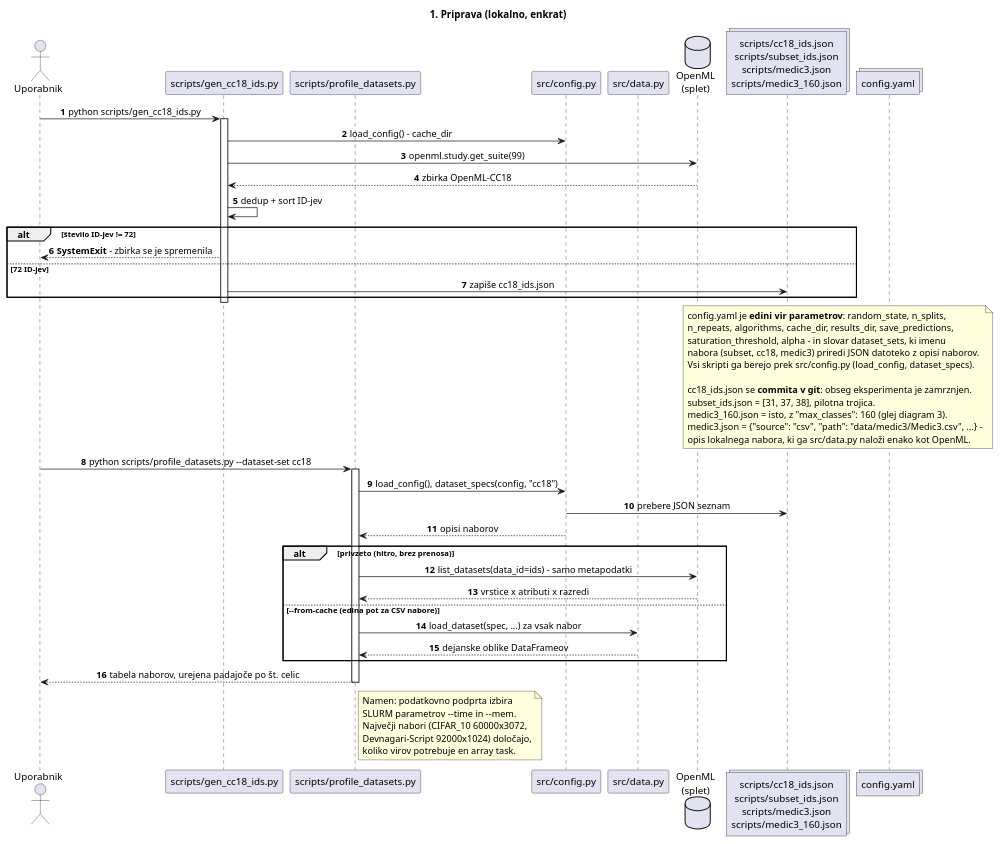
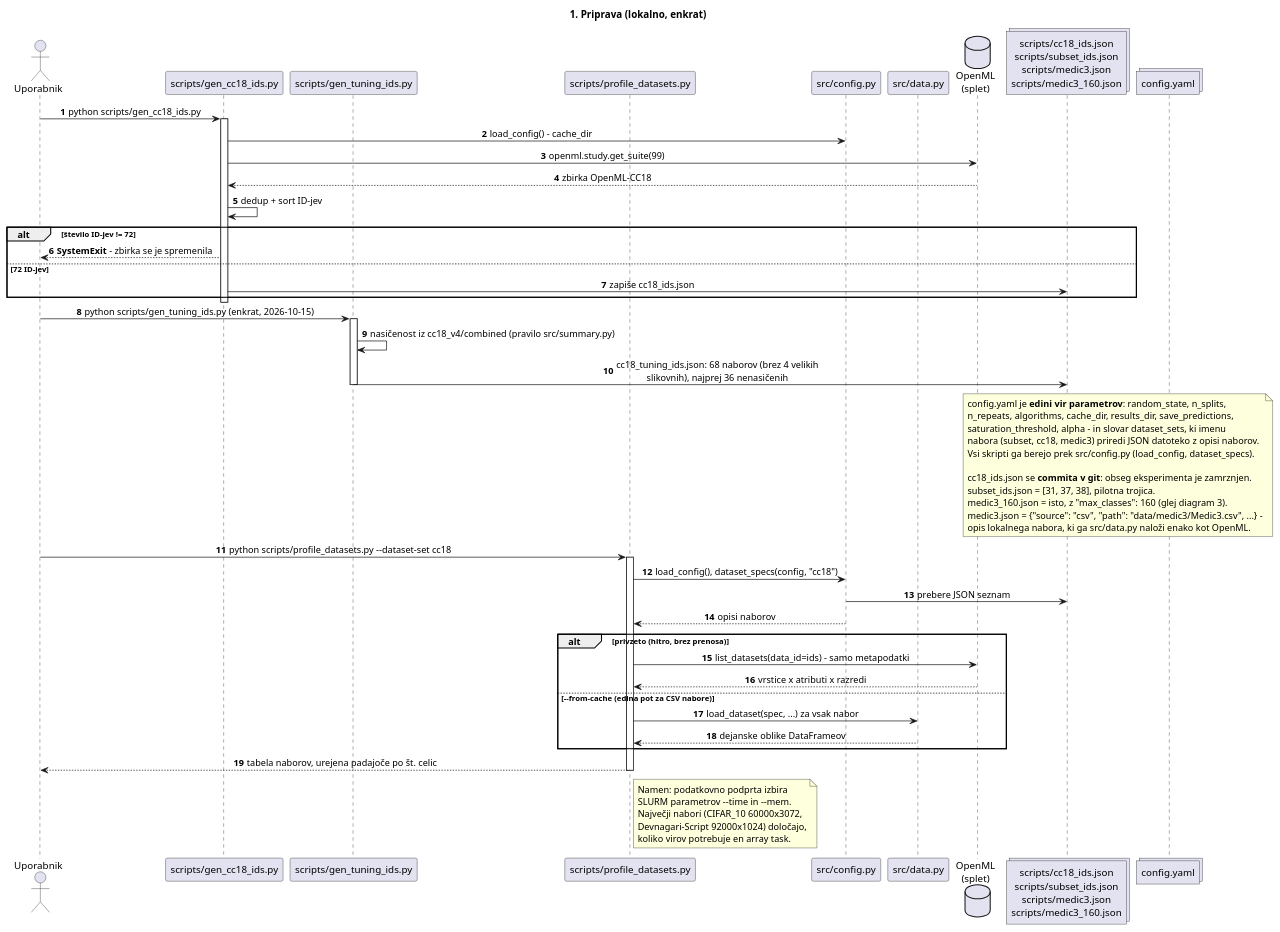
Before and after one commit to TilenZrnec/Diplomsko-delo_Koda: the first of 4 diagrams in razlaga_repozitorija/zaporedje.puml, drawn with PlantUML. The commit also changed other lines of this file and 7 other files, not shown here.

```diff
--- a/razlaga_repozitorija/zaporedje.puml
+++ b/razlaga_repozitorija/zaporedje.puml
@@ -23,66 +23,73 @@
 @startuml 01_priprava
 title 1. Priprava (lokalno, enkrat)
 
 skinparam sequenceMessageAlign center
 autonumber
 
 actor "Uporabnik" as U
 participant "scripts/gen_cc18_ids.py" as GEN
+participant "scripts/gen_tuning_ids.py" as GENT
 participant "scripts/profile_datasets.py" as PROF
 participant "src/config.py" as CFGPY
 participant "src/data.py" as DATA
 database "OpenML\n(splet)" as OML
 collections "scripts/cc18_ids.json\nscripts/subset_ids.json\nscripts/medic3.json\nscripts/medic3_160.json" as IDS
 collections "config.yaml" as CFG
 
 U -> GEN : python scripts/gen_cc18_ids.py
 activate GEN
 GEN -> CFGPY : load_config() - cache_dir
 GEN -> OML : openml.study.get_suite(99)
 OML --> GEN : zbirka OpenML-CC18
 GEN -> GEN : dedup + sort ID-jev
 alt število ID-jev != 72
     GEN --> U : **SystemExit** - zbirka se je spremenila
 else 72 ID-jev
     GEN -> IDS : zapiše cc18_ids.json
 end
 deactivate GEN
+
+U -> GENT : python scripts/gen_tuning_ids.py (enkrat, 2026-10-15)
+activate GENT
+GENT -> GENT : nasičenost iz cc18_v4/combined (pravilo src/summary.py)
+GENT -> IDS : cc18_tuning_ids.json: 68 naborov (brez 4 velikih\nslikovnih), najprej 36 nenasičenih
+deactivate GENT
 
 note over IDS, CFG
   config.yaml je **edini vir parametrov**: random_state, n_splits,
   n_repeats, algorithms, cache_dir, results_dir, save_predictions,
   saturation_threshold, alpha - in slovar dataset_sets, ki imenu
   nabora (subset, cc18, medic3) priredi JSON datoteko z opisi naborov.
   Vsi skripti ga berejo prek src/config.py (load_config, dataset_specs).
 
   cc18_ids.json se **commita v git**: obseg eksperimenta je zamrznjen.
   subset_ids.json = [31, 37, 38], pilotna trojica.
   medic3_160.json = isto, z "max_classes": 160 (glej diagram 3).
   medic3.json = {"source": "csv", "path": "data/medic3/Medic3.csv", ...} -
   opis lokalnega nabora, ki ga src/data.py naloži enako kot OpenML.
 end note
 
 U -> PROF : python scripts/profile_datasets.py ~--dataset-set cc18
 activate PROF
 PROF -> CFGPY : load_config(), dataset_specs(config, "cc18")
 CFGPY -> IDS : prebere JSON seznam
 CFGPY --> PROF : opisi naborov
 alt privzeto (hitro, brez prenosa)
     PROF -> OML : list_datasets(data_id=ids) - samo metapodatki
     OML --> PROF : vrstice x atributi x razredi
 else ~--from-cache (edina pot za CSV nabore)
     PROF -> DATA : load_dataset(spec, ...) za vsak nabor
     DATA --> PROF : dejanske oblike DataFrameov
 end
 PROF --> U : tabela naborov, urejena padajoče po št. celic
 deactivate PROF
 
 note right of PROF
   Namen: podatkovno podprta izbira
   SLURM parametrov ~--time in ~--mem.
   Največji nabori (CIFAR_10 60000x3072,
   Devnagari-Script 92000x1024) določajo,
   koliko virov potrebuje en array task.
 end note
 
 @enduml
```
